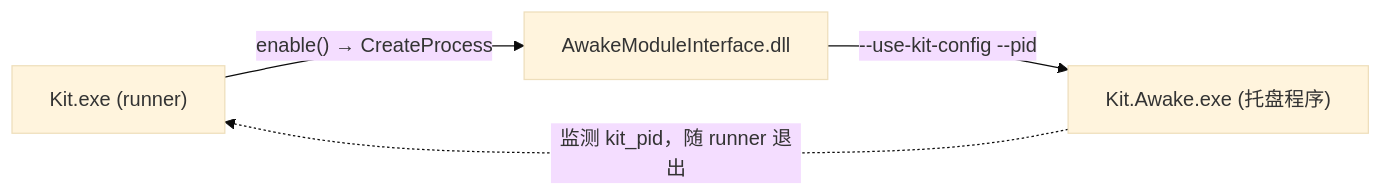
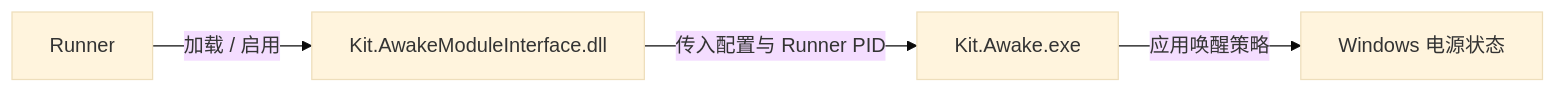
One commit to guijianchou/Kit changed the second of 7 diagrams in README_zh.md. Above: the diagram before and after it, drawn with Mermaid (base theme). The commit also changed other lines of this file and 3 other files, not shown here.

````diff
--- a/README_zh.md
+++ b/README_zh.md
@@ -112,9 +99,6 @@
 ```mermaid
 flowchart LR
-    R["Kit.exe (runner)"]
-    MI["AwakeModuleInterface.dll"]
-    A["Kit.Awake.exe (托盘程序)"]
-    R -->|"enable() → CreateProcess"| MI
-    MI -->|"--use-kit-config --pid <kit_pid>"| A
-    A -.->|"监测 kit_pid，随 runner 退出"| R
+    R["Runner"] -->|"加载 / 启用"| MI["Kit.AwakeModuleInterface.dll"]
+    MI -->|"传入配置与 Runner PID"| A["Kit.Awake.exe"]
+    A -->|"应用唤醒策略"| OS["Windows 电源状态"]
 ```
````
